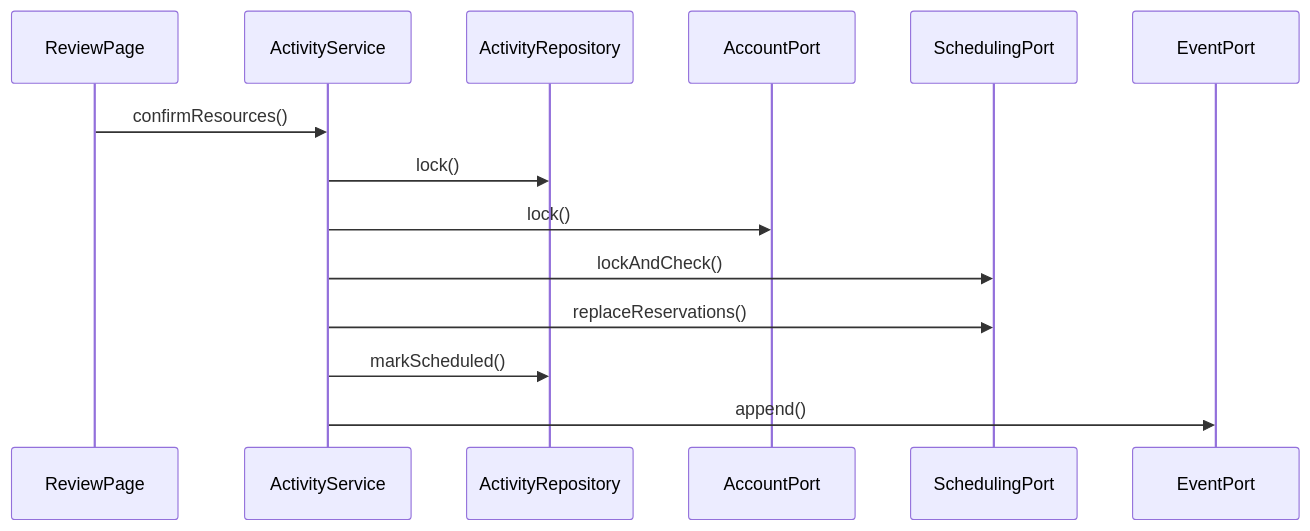
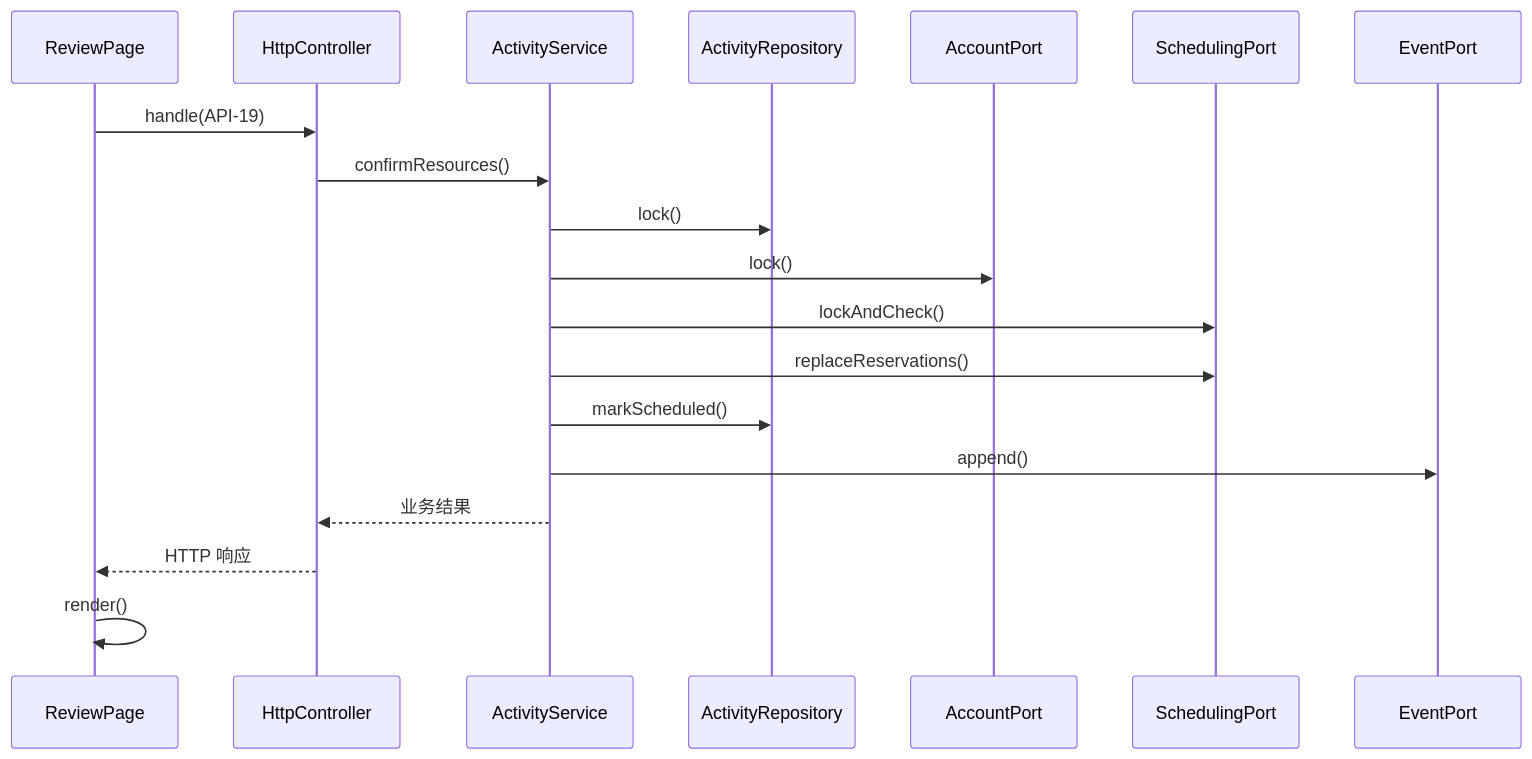
One commit to Rito-492/campus-sched changed diagram 19 of 44 in docs/design/software-design-task4.md. Above: the diagram before and after it, drawn with Mermaid. The commit also changed other lines of this file and 3 other files, not shown here.

Commit message:
docs: 修正任务4顺序图HTTP边界与页面调用方向

````diff
--- a/docs/design/software-design-task4.md
+++ b/docs/design/software-design-task4.md
@@ -1411,16 +1562,21 @@
 ```mermaid
 sequenceDiagram
  participant ReviewPage
+ participant HttpController
  participant ActivityService
  participant ActivityRepository
  participant AccountPort
  participant SchedulingPort
  participant EventPort
- ReviewPage->>ActivityService: confirmResources()
+ ReviewPage->>HttpController: handle(API-19)
+ HttpController->>ActivityService: confirmResources()
  ActivityService->>ActivityRepository: lock()
  ActivityService->>AccountPort: lock()
  ActivityService->>SchedulingPort: lockAndCheck()
  ActivityService->>SchedulingPort: replaceReservations()
  ActivityService->>ActivityRepository: markScheduled()
  ActivityService->>EventPort: append()
+ ActivityService-->>HttpController: 业务结果
+ HttpController-->>ReviewPage: HTTP 响应
+ ReviewPage->>ReviewPage: render()
 ```
````
